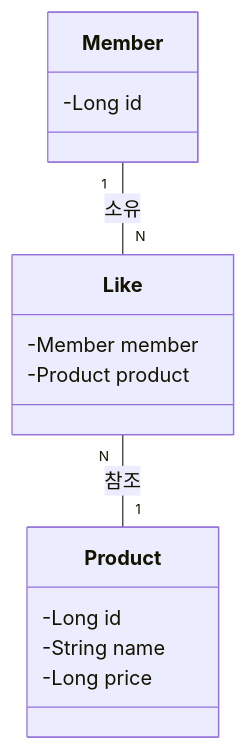
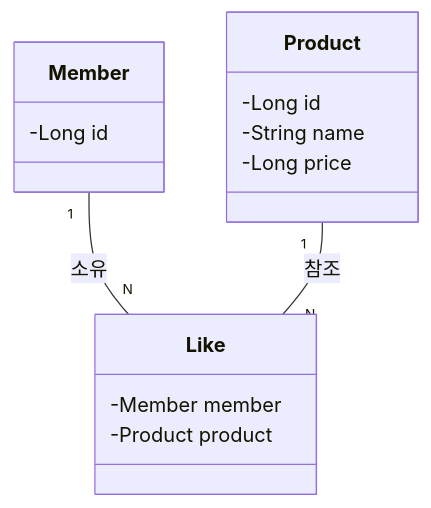
Before and after one commit to dhgu-dev/e-commerce: the sixth of 9 diagrams in docs/design/03-class-diagrams.md, drawn with Mermaid. The commit also changed other lines of this file and 3 other files, not shown here.

First line of the commit message:
docs: 시퀀스 및 클래스 다이어그램 개선 (#11)

````diff
--- a/docs/design/03-class-diagrams.md
+++ b/docs/design/03-class-diagrams.md
@@ -110,17 +103,17 @@
 ```mermaid
 classDiagram
     class Member {
         -Long id
     }
     class Like {
         -Member member
         -Product product
     }
     class Product {
         -Long id
         -String name
         -Long price
     }
     Member "1" -- "N" Like : 소유
-    Like "N" -- "1" Product : 참조
+    Product "1" -- "N" Like : 참조
 ```
````
